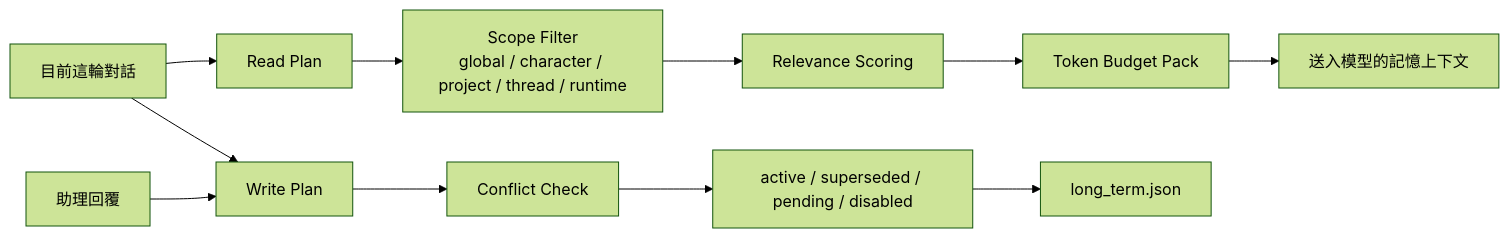
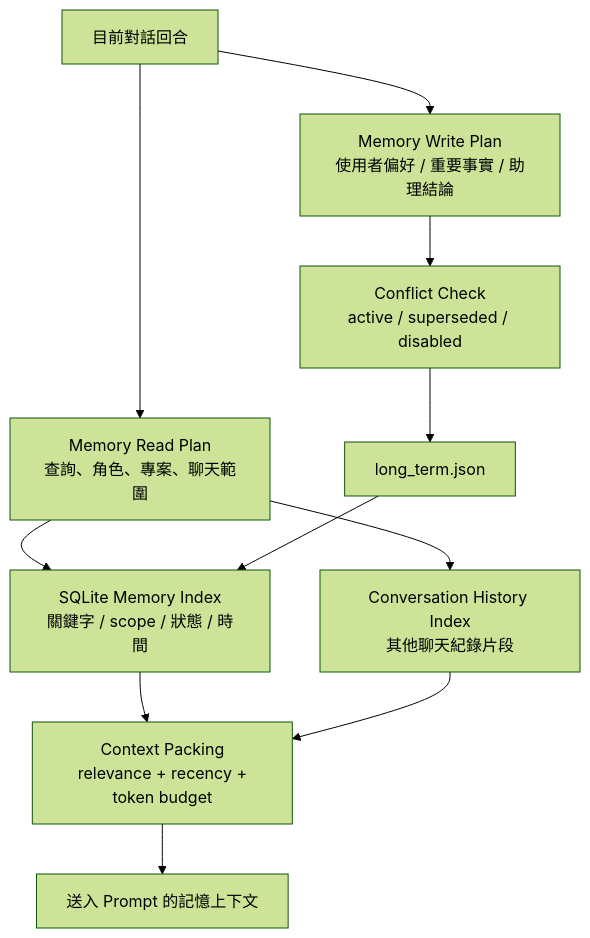
One commit to lulu930128/desktop-agent-runtime changed the second of 3 diagrams in README.md. Above: the diagram before and after it, drawn with Mermaid (forest theme). The commit also changed other lines of this file, not shown here.

Commit message:
Finalize README architecture documentation

````diff
--- a/README.md
+++ b/README.md
@@ -91,14 +93,14 @@
 ```mermaid
-flowchart LR
-    Q["目前這輪對話"] --> RP["Read Plan"]
-    RP --> SR["Scope Filter<br/>global / character / project / thread / runtime"]
-    SR --> SC["Relevance Scoring"]
-    SC --> TB["Token Budget Pack"]
-    TB --> CTX["送入模型的記憶上下文"]
+flowchart TD
+    TURN["目前對話回合"] --> READ["Memory Read Plan<br/>查詢、角色、專案、聊天範圍"]
+    READ --> IDX["SQLite Memory Index<br/>關鍵字 / scope / 狀態 / 時間"]
+    READ --> HIST["Conversation History Index<br/>其他聊天紀錄片段"]
+    IDX --> PACK["Context Packing<br/> relevance + recency + token budget"]
+    HIST --> PACK
+    PACK --> PROMPT["送入 Prompt 的記憶上下文"]
 
-    A["助理回覆"] --> WP["Write Plan"]
-    Q --> WP
-    WP --> CF["Conflict Check"]
-    CF --> ST["active / superseded / pending / disabled"]
-    ST --> DB["long_term.json"]
+    TURN --> WRITE["Memory Write Plan<br/>使用者偏好 / 重要事實 / 助理結論"]
+    WRITE --> CONFLICT["Conflict Check<br/>active / superseded / disabled"]
+    CONFLICT --> STORE["long_term.json"]
+    STORE --> IDX
 ```
````
